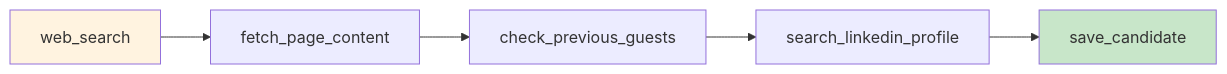
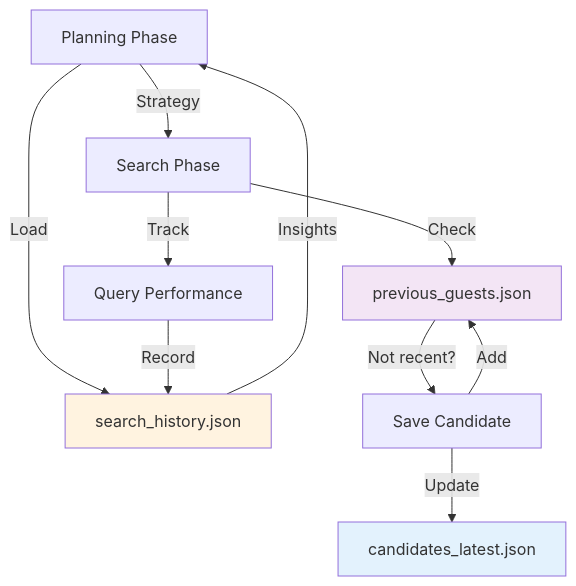
The third of 3 diagrams in docs/presentations/tool-calling-explained/presentation.md (Joopsnijder/guest_search), drawn with Mermaid before and after one commit. The commit also changed other lines of this file and 6 other files, not shown here.

````diff
--- a/docs/presentations/tool-calling-explained/presentation.md
+++ b/docs/presentations/tool-calling-explained/presentation.md
@@ -572,10 +680,21 @@
 ```mermaid
-graph LR
-    A[web_search] --> B[fetch_page_content]
-    B --> C[check_previous_guests]
-    C --> D[search_linkedin_profile]
-    D --> E[save_candidate]
+graph TB
+    P[Planning Phase] -->|Load| H[search_history.json]
+    H -->|Insights| P
 
-    style A fill:#fff3e0
-    style E fill:#c8e6c9
+    P -->|Strategy| S[Search Phase]
+
+    S -->|Check| G[previous_guests.json]
+    G -->|Not recent?| Save[Save Candidate]
+
+    Save -->|Update| C[candidates_latest.json]
+
+    S -->|Track| Q[Query Performance]
+    Q -->|Record| H
+
+    Save -->|Add| G
+
+    style H fill:#fff3e0
+    style G fill:#f3e5f5
+    style C fill:#e3f2fd
 ```
````
